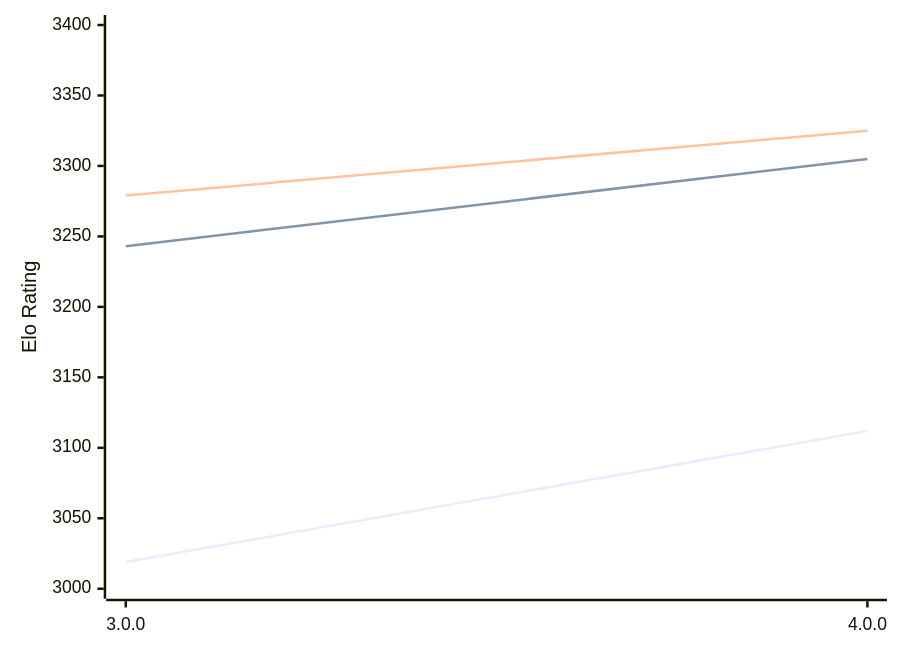
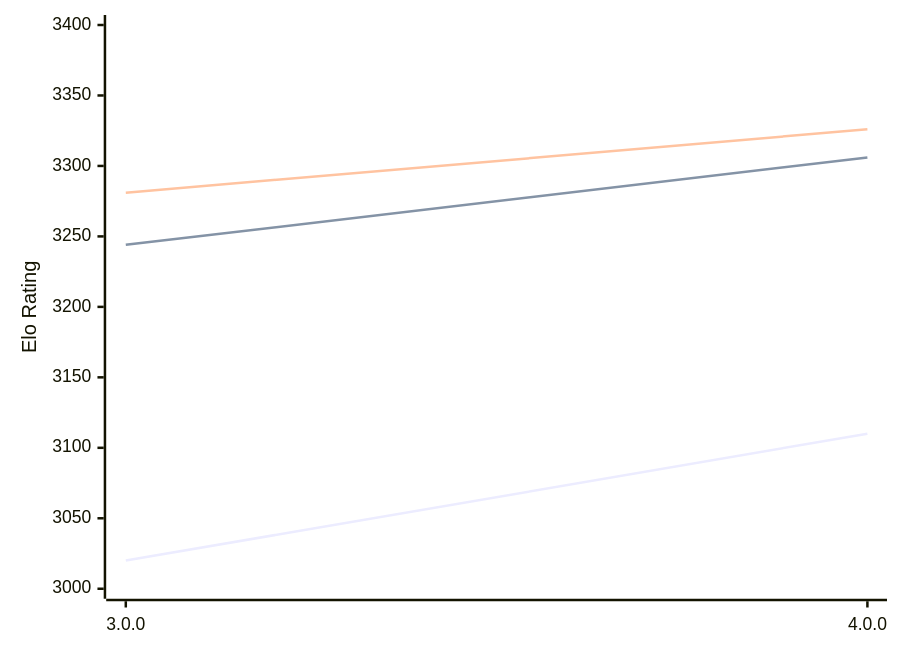
The diagram in engines/Minke.md (computer-chess-index/cci), drawn with Mermaid before and after one commit. The commit also changed other lines of this file, not shown here.

Commit message:
Update CCI Ratings (ELO VLTC) - 2026-02-13

````diff
--- a/engines/Minke.md
+++ b/engines/Minke.md
@@ -31,9 +31,9 @@
 ```mermaid
 %%{init: {"theme":"base","themeVariables":{"seriesColors:['#a3a3a3','#222221','#faa371']}}}%%
 xychart-beta
   x-axis ["3.0.0", "4.0.0"]
   y-axis "Elo Rating" 3000 --> 3400
-  line "STC (8.0+0.08s)" [3019, 3112]
-  line "LTC (60.0+0.60s)" [3243, 3305]
-  line "VLTC (2m24s+1.12s)" [3279, 3325]
+  line "STC (8.0+0.08s)" [3020, 3110]
+  line "LTC (60.0+0.60s)" [3244, 3306]
+  line "VLTC (2m24s+1.12s)" [3281, 3326]
 ```
````
